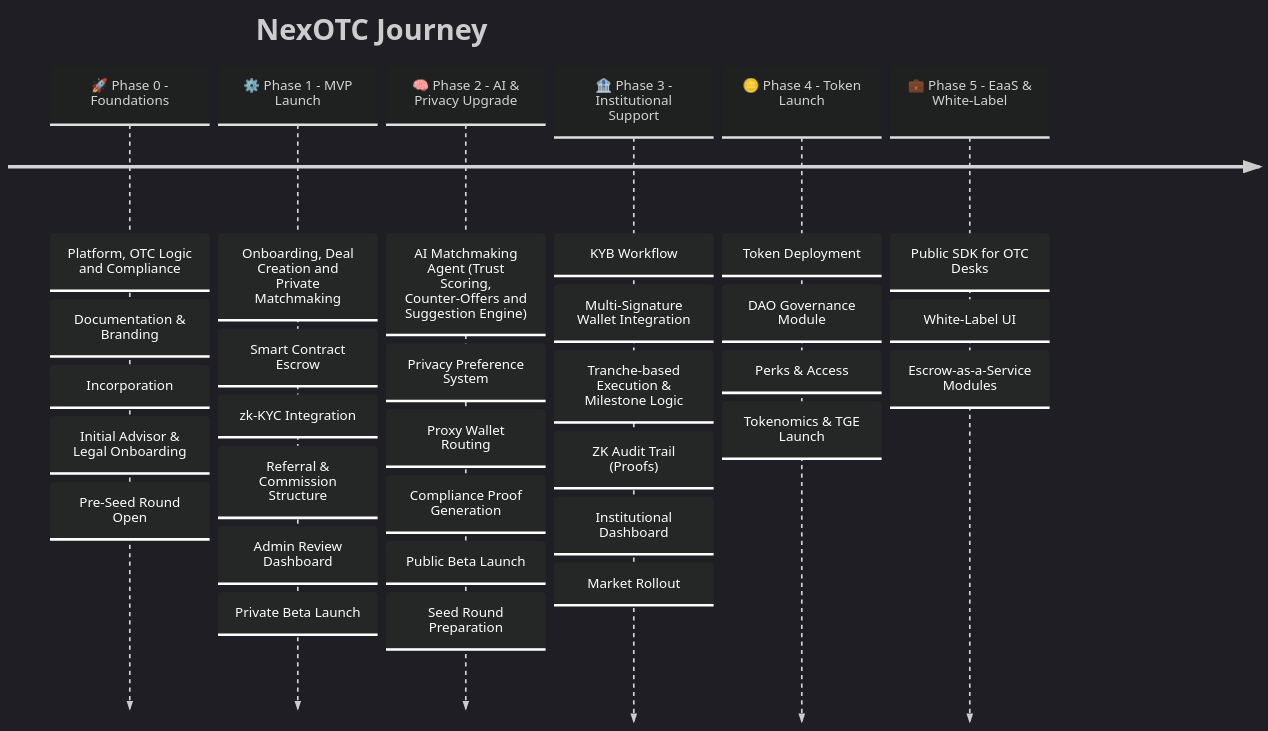
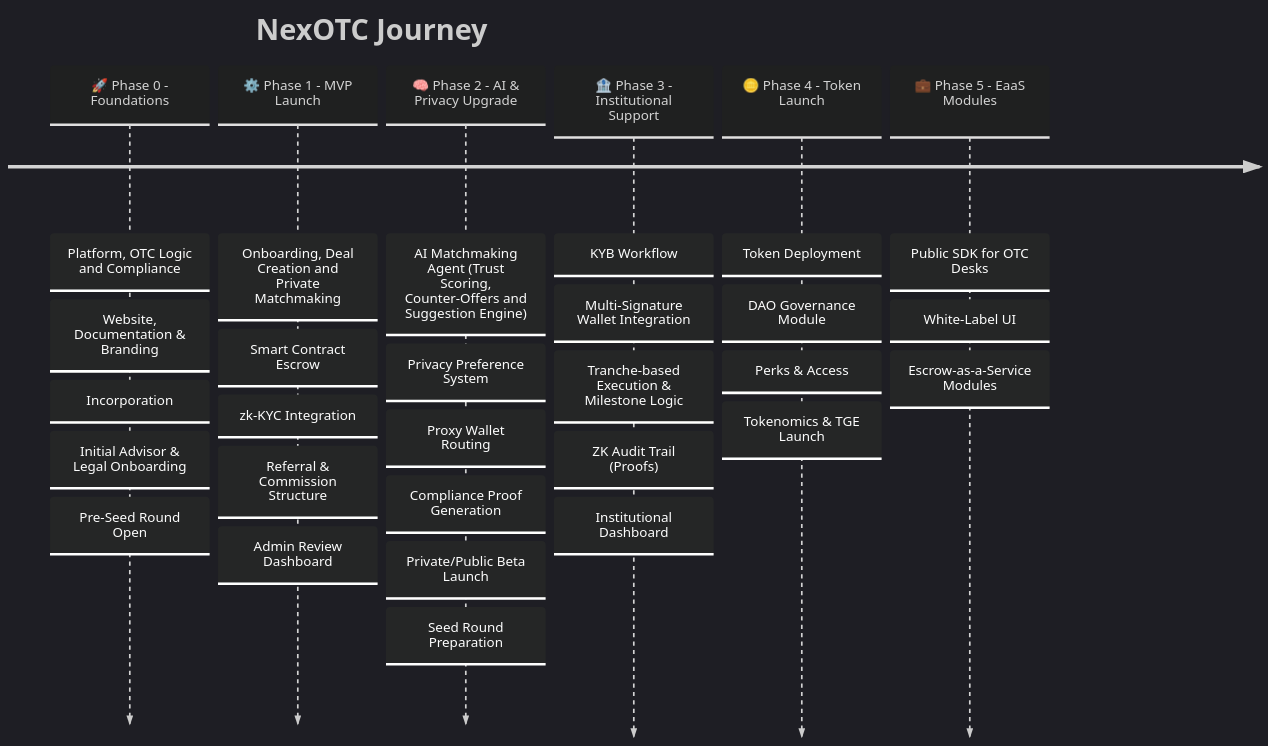
Before and after one commit to nexotc/nexotc-docs: the diagram in docs/nexotc/roadmap.md, drawn with Mermaid.

````diff
--- a/docs/nexotc/roadmap.md
+++ b/docs/nexotc/roadmap.md
@@ -10,11 +10,11 @@
 ```mermaid
    %%{init: { 'logLevel': 'debug', 'theme': 'dark', 'timeline': {'disableMulticolor': true}}}%%
     timeline
         title NexOTC Journey
-          🚀 Phase 0 - Foundations : Platform, OTC Logic and Compliance : Documentation & Branding : Incorporation : Initial Advisor & Legal Onboarding : Pre-Seed Round Open
-          ⚙️ Phase 1 - MVP Launch : Onboarding, Deal Creation and Private Matchmaking : Smart Contract Escrow : zk-KYC Integration : Referral & Commission Structure : Admin Review Dashboard : Private Beta Launch
-          🧠 Phase 2 - AI & Privacy Upgrade : AI Matchmaking Agent (Trust Scoring, Counter-Offers and Suggestion Engine) : Privacy Preference System : Proxy Wallet Routing : Compliance Proof Generation : Public Beta Launch : Seed Round Preparation
-          🏦 Phase 3 - Institutional Support : KYB Workflow : Multi-Signature Wallet Integration : Tranche-based Execution & Milestone Logic : ZK Audit Trail (Proofs) : Institutional Dashboard : Market Rollout
+          🚀 Phase 0 - Foundations : Platform, OTC Logic and Compliance : Website, Documentation & Branding : Incorporation : Initial Advisor & Legal Onboarding : Pre-Seed Round Open
+          ⚙️ Phase 1 - MVP Launch : Onboarding, Deal Creation and Private Matchmaking : Smart Contract Escrow : zk-KYC Integration : Referral & Commission Structure : Admin Review Dashboard
+          🧠 Phase 2 - AI & Privacy Upgrade : AI Matchmaking Agent (Trust Scoring, Counter-Offers and Suggestion Engine) : Privacy Preference System : Proxy Wallet Routing : Compliance Proof Generation : Private/Public Beta Launch : Seed Round Preparation
+          🏦 Phase 3 - Institutional Support : KYB Workflow : Multi-Signature Wallet Integration : Tranche-based Execution & Milestone Logic : ZK Audit Trail (Proofs) : Institutional Dashboard
           🪙 Phase 4 - Token Launch : Token Deployment : DAO Governance Module : Perks & Access : Tokenomics & TGE Launch
-          💼 Phase 5 - EaaS & White-Label : Public SDK for OTC Desks : White-Label UI : Escrow-as-a-Service Modules
+          💼 Phase 5 - EaaS Modules : Public SDK for OTC Desks : White-Label UI : Escrow-as-a-Service Modules
 ```
````
